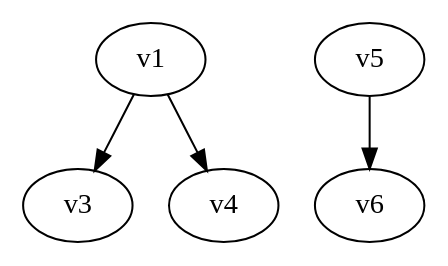
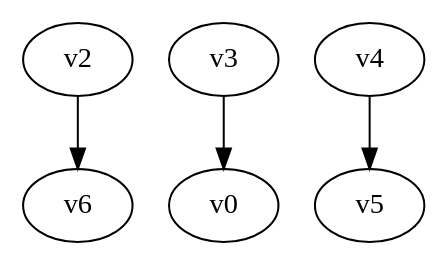
The diagram in digraph.dot (yadej/graph_project), drawn with Graphviz before and after one commit. The commit also changed 1 other file, not shown here.

```diff
--- a/digraph.dot
+++ b/digraph.dot
@@ -1,5 +1,5 @@
 digraph G { 
-v1 -> v3;
-v1 -> v4;
-v5 -> v6;
+v2 -> v6;
+v3 -> v0;
+v4 -> v5;
 }
```
